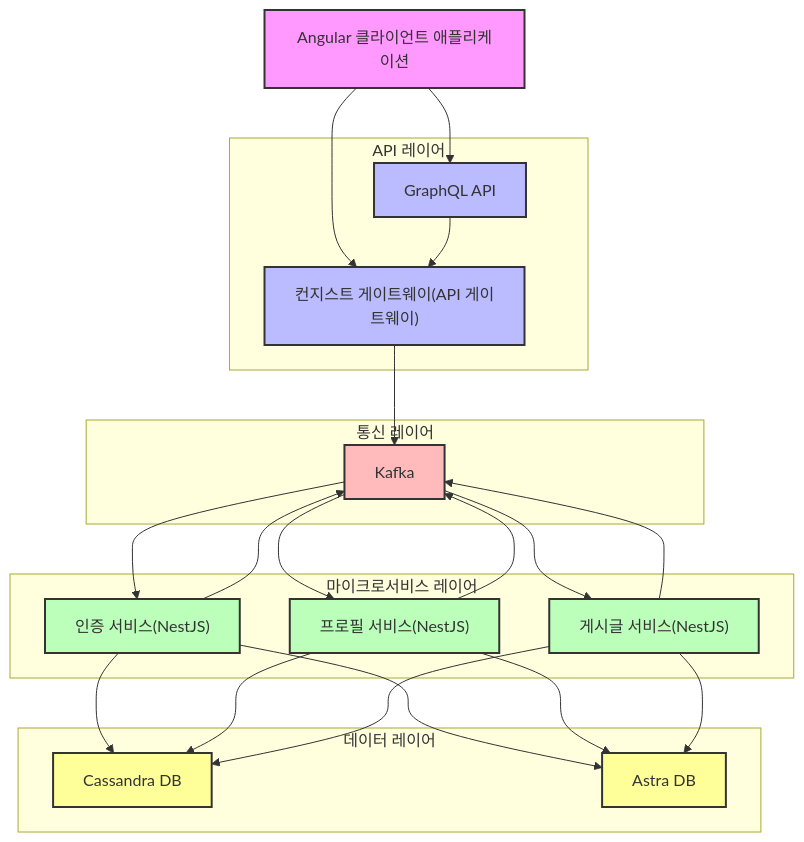
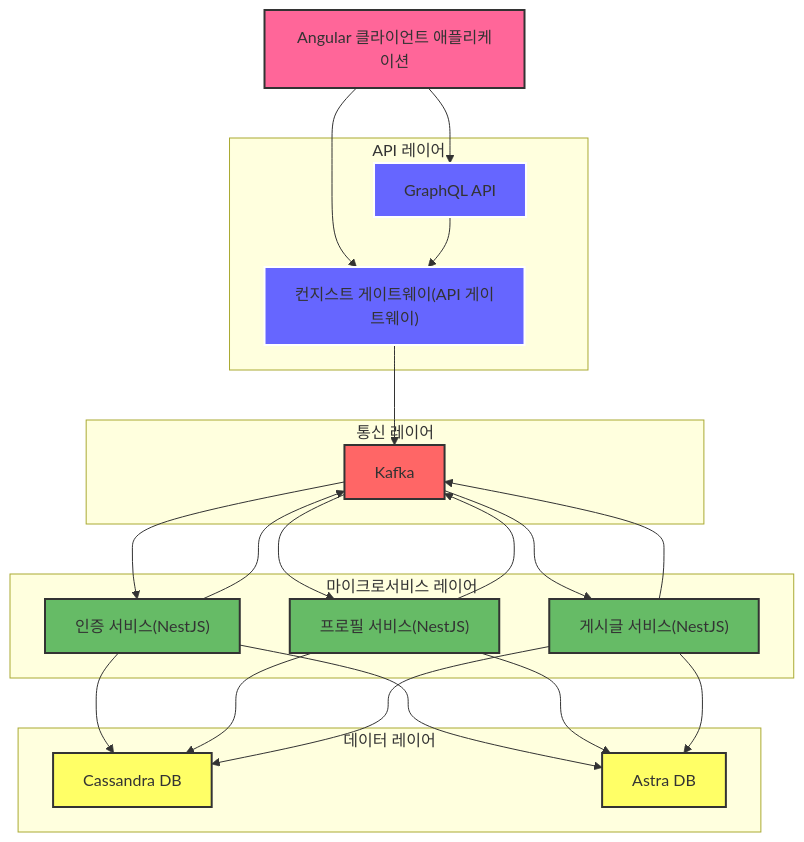
The first of 2 diagrams in README.md (serithemage/Serverless-RealWorld), drawn with Mermaid before and after one commit. The commit also changed other lines of this file, not shown here.

Commit message:
style: 아키텍처 다이어그램 박스 색상 강화로 가독성 개선

````diff
--- a/README.md
+++ b/README.md
@@ -7,55 +7,55 @@
 ```mermaid
 flowchart TD
     Client["Angular 클라이언트 애플리케이션"]
     
     subgraph "API 레이어"
         Gateway["컨지스트 게이트웨이(API 게이트웨이)"]
         GraphQL["GraphQL API"]
     end
     
     subgraph "마이크로서비스 레이어"
         AuthService["인증 서비스(NestJS)"]
         ProfileService["프로필 서비스(NestJS)"]
         ArticleService["게시글 서비스(NestJS)"]
     end
     
     subgraph "통신 레이어"
         Kafka["Kafka"]
     end
     
     subgraph "데이터 레이어"
         Cassandra["Cassandra DB"]
         AstraDB["Astra DB"]
     end
     
     Client --> Gateway
     Client --> GraphQL
     
     Gateway --> Kafka
     GraphQL --> Gateway
     
     Kafka --> AuthService
     Kafka --> ProfileService
     Kafka --> ArticleService
     
     AuthService --> Kafka
     ProfileService --> Kafka
     ArticleService --> Kafka
     
     AuthService --> Cassandra
     ProfileService --> Cassandra
     ArticleService --> Cassandra
     AuthService --> AstraDB
     ProfileService --> AstraDB
     ArticleService --> AstraDB
     
-    style Client fill:#f9f,stroke:#333,stroke-width:2px
-    style Gateway fill:#bbf,stroke:#333,stroke-width:2px
-    style GraphQL fill:#bbf,stroke:#333,stroke-width:2px
-    style AuthService fill:#bfb,stroke:#333,stroke-width:2px
-    style ProfileService fill:#bfb,stroke:#333,stroke-width:2px
-    style ArticleService fill:#bfb,stroke:#333,stroke-width:2px
-    style Kafka fill:#fbb,stroke:#333,stroke-width:2px
-    style Cassandra fill:#ff9,stroke:#333,stroke-width:2px
-    style AstraDB fill:#ff9,stroke:#333,stroke-width:2px
+    style Client fill:#f69,stroke:#333,stroke-width:2px
+    style Gateway fill:#66f,stroke:#fff,stroke-width:2px
+    style GraphQL fill:#66f,stroke:#fff,stroke-width:2px
+    style AuthService fill:#6b6,stroke:#333,stroke-width:2px
+    style ProfileService fill:#6b6,stroke:#333,stroke-width:2px
+    style ArticleService fill:#6b6,stroke:#333,stroke-width:2px
+    style Kafka fill:#f66,stroke:#333,stroke-width:2px
+    style Cassandra fill:#ff6,stroke:#333,stroke-width:2px
+    style AstraDB fill:#ff6,stroke:#333,stroke-width:2px
 ```
````
